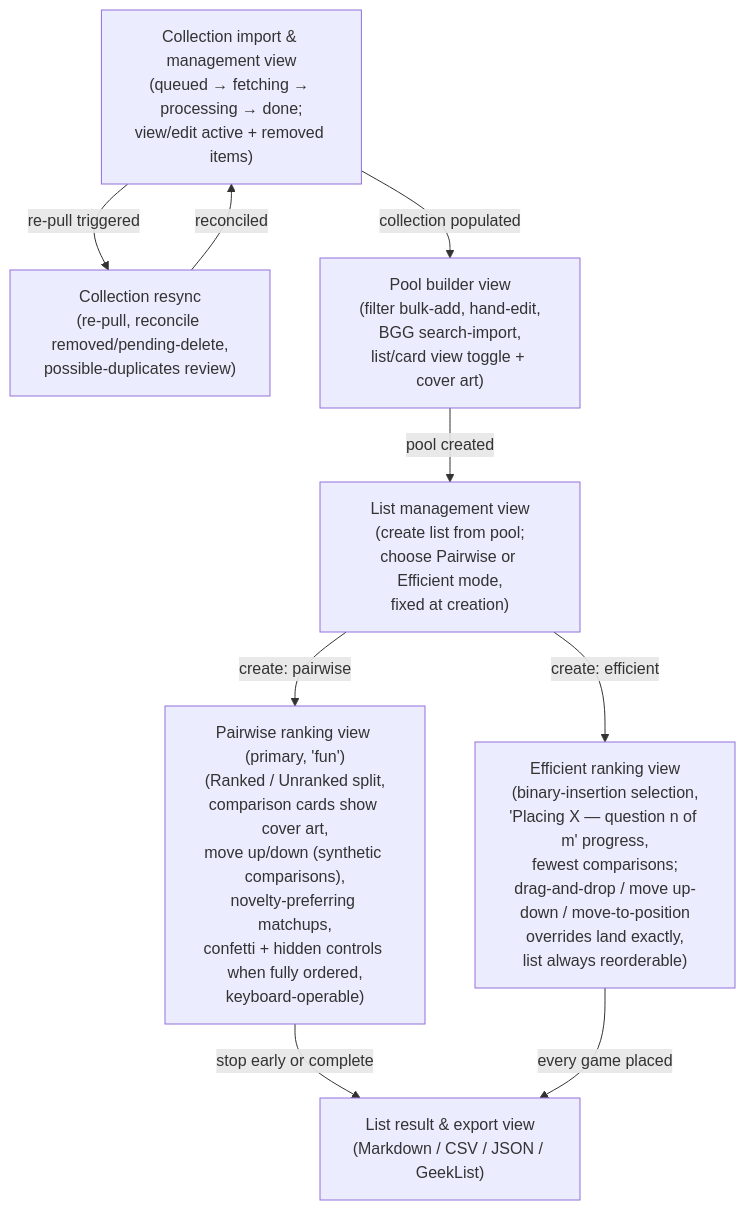
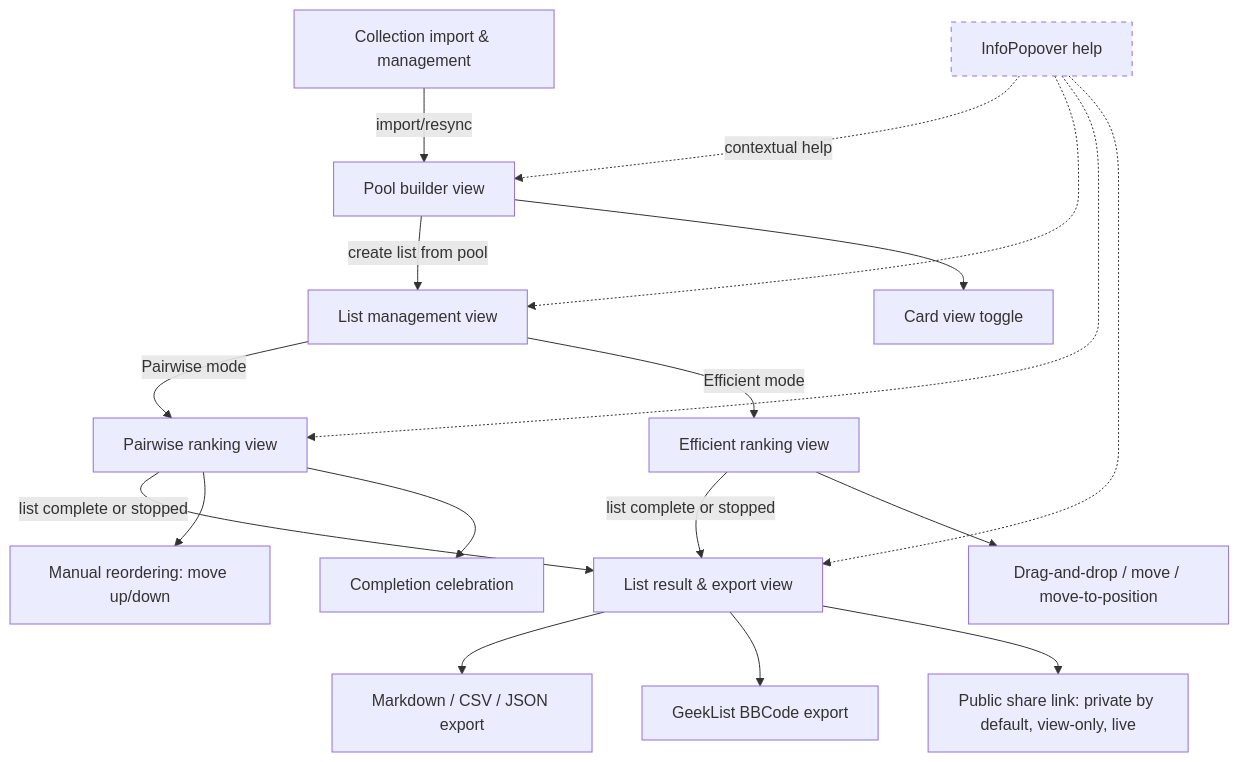
The third of 3 diagrams in README.md (moui72/yet-another-rank-games), drawn with Mermaid before and after one commit. The commit also changed 5 other files, not shown here.

First line of the commit message:
docs: decide public list sharing model, refresh ui diagram

````diff
--- a/README.md
+++ b/README.md
@@ -196,19 +196,25 @@
 ```mermaid
 graph TD
-    Import["Collection import & management view\n(queued → fetching → processing → done;\nview/edit active + removed items)"]
-    Resync["Collection resync\n(re-pull, reconcile removed/pending-delete,\npossible-duplicates review)"]
-    PoolBuilder["Pool builder view\n(filter bulk-add, hand-edit,\nBGG search-import,\nlist/card view toggle + cover art)"]
-    ListMgmt["List management view\n(create list from pool;\nchoose Pairwise or Efficient mode,\nfixed at creation)"]
-    Pairwise["Pairwise ranking view (primary, 'fun')\n(Ranked / Unranked split,\ncomparison cards show cover art,\nmove up/down (synthetic comparisons),\nnovelty-preferring matchups,\nconfetti + hidden controls when fully ordered,\nkeyboard-operable)"]
-    Efficient["Efficient ranking view\n(binary-insertion selection,\n'Placing X — question n of m' progress,\nfewest comparisons;\ndrag-and-drop / move up-down / move-to-position\noverrides land exactly,\nlist always reorderable)"]
-    Result["List result & export view\n(Markdown / CSV / JSON / GeekList)"]
+    A[Collection import & management] -->|import/resync| B[Pool builder view]
+    B -->|create list from pool| C[List management view]
+    C -->|Pairwise mode| D[Pairwise ranking view]
+    C -->|Efficient mode| E[Efficient ranking view]
+    D -->|list complete or stopped| F[List result & export view]
+    E -->|list complete or stopped| F
 
-    Import -->|collection populated| PoolBuilder
-    Import -->|re-pull triggered| Resync
-    Resync -->|reconciled| Import
-    PoolBuilder -->|pool created| ListMgmt
-    ListMgmt -->|create: pairwise| Pairwise
-    ListMgmt -->|create: efficient| Efficient
-    Pairwise -->|stop early or complete| Result
-    Efficient -->|every game placed| Result
+    B --> B1[Card view toggle]
+    D --> D1[Manual reordering: move up/down]
+    D --> D2[Completion celebration]
+    E --> E1[Drag-and-drop / move / move-to-position]
+
+    F --> F1[Markdown / CSV / JSON export]
+    F --> F2[GeekList BBCode export]
+    F --> F3[Public share link: private by default, view-only, live]
+
+    G[InfoPopover help] -.contextual help.-> B
+    G -.-> C
+    G -.-> D
+    G -.-> F
+
+    style G stroke-dasharray: 5 5
 ```
````
